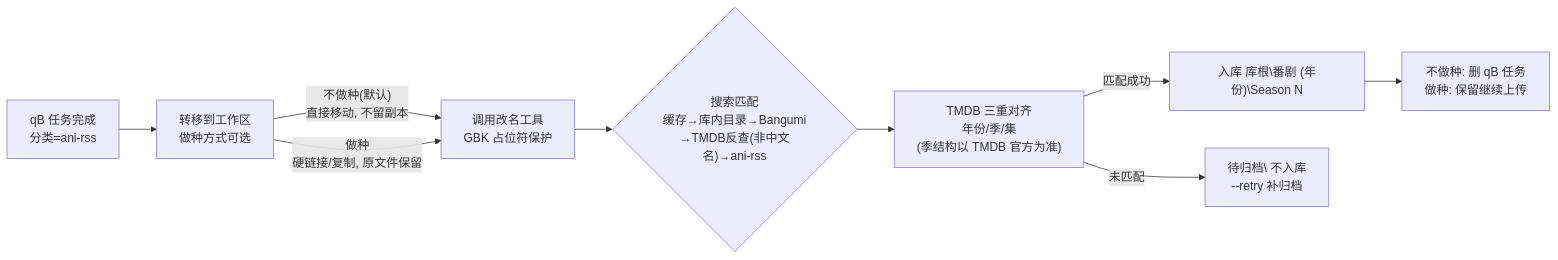
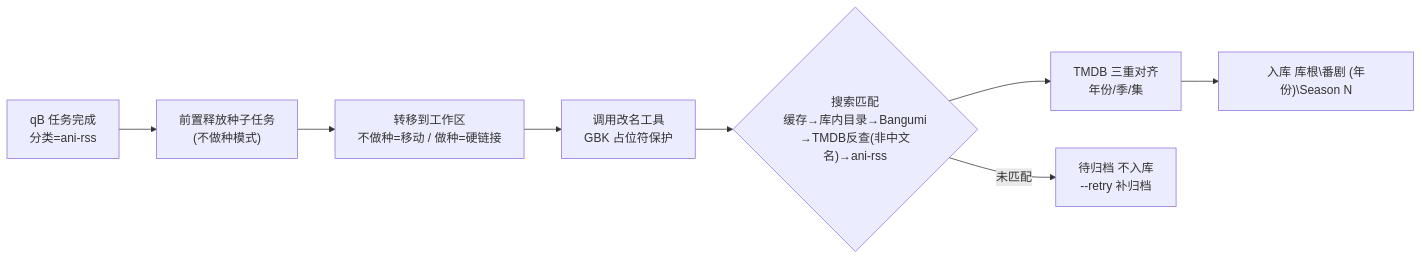
One commit to DaisySG297/qb-bangumi-autorename changed the diagram in README.md. Above: the diagram before and after it, drawn with Mermaid. The commit also changed other lines of this file and 2 other files, not shown here.

````diff
--- a/README.md
+++ b/README.md
@@ -28,11 +28,10 @@
 ```mermaid
 flowchart LR
-    A["qB 任务完成<br/>分类=ani-rss"] --> B["转移到工作区<br/>做种方式可选"]
-    B -->|"不做种(默认)<br/>直接移动, 不留副本"| C["调用改名工具<br/>GBK 占位符保护"]
-    B -->|"做种<br/>硬链接/复制, 原文件保留"| C
-    C --> D{"搜索匹配<br/>缓存→库内目录→Bangumi<br/>→TMDB反查(非中文名)→ani-rss"}
-    D --> E["TMDB 三重对齐<br/>年份/季/集<br/>(季结构以 TMDB 官方为准)"]
-    E -->|匹配成功| F["入库 库根#92;番剧 (年份)#92;Season N"]
-    E -->|未匹配| G["待归档#92; 不入库<br/>--retry 补归档"]
-    F --> H["不做种: 删 qB 任务<br/>做种: 保留继续上传"]
+    A["qB 任务完成<br/>分类=ani-rss"] --> B["前置释放种子任务<br/>(不做种模式)"]
+    B --> C["转移到工作区<br/>不做种=移动 / 做种=硬链接"]
+    C --> D["调用改名工具<br/>GBK 占位符保护"]
+    D --> E{"搜索匹配<br/>缓存→库内目录→Bangumi<br/>→TMDB反查(非中文名)→ani-rss"}
+    E --> F["TMDB 三重对齐<br/>年份/季/集"]
+    E -->|未匹配| G["待归档 不入库<br/>--retry 补归档"]
+    F --> H["入库 库根\番剧 (年份)\Season N"]
 ```
````
